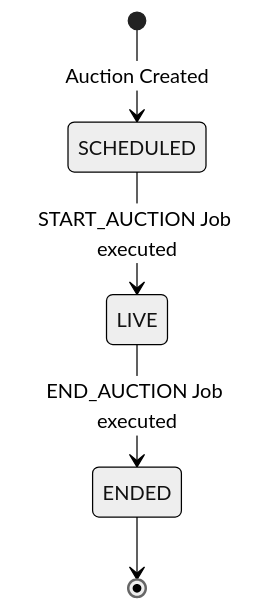
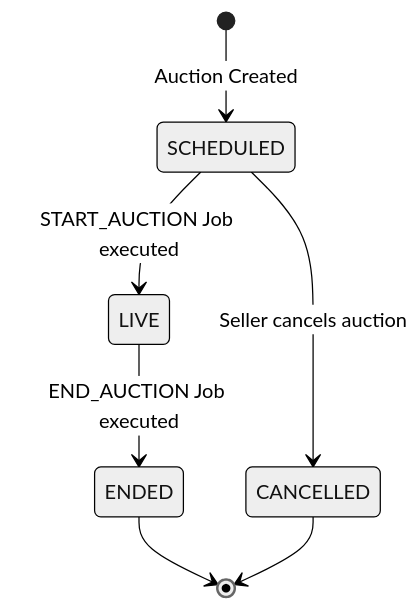
The diagram in docs/auction-lifecycle.md (ankitsharma34/SnapBid), drawn with Mermaid (neutral theme) before and after one commit. The commit also changed other lines of this file and 3 other files, not shown here.

Commit message:
feat(docs): update documentation about API and architecture

````diff
--- a/docs/auction-lifecycle.md
+++ b/docs/auction-lifecycle.md
@@ -15,10 +15,12 @@
 ```mermaid
 stateDiagram-v2
     [*] --> SCHEDULED: Auction Created
 
     SCHEDULED --> LIVE: START_AUCTION Job executed
+    SCHEDULED --> CANCELLED: Seller cancels auction
 
     LIVE --> ENDED: END_AUCTION Job executed
 
     ENDED --> [*]
+    CANCELLED --> [*]
 ```
````
